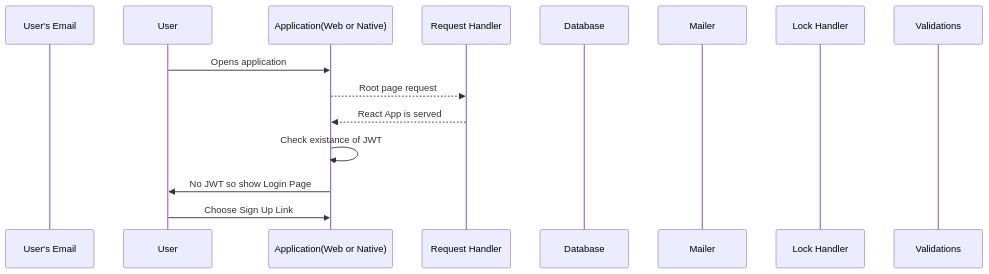
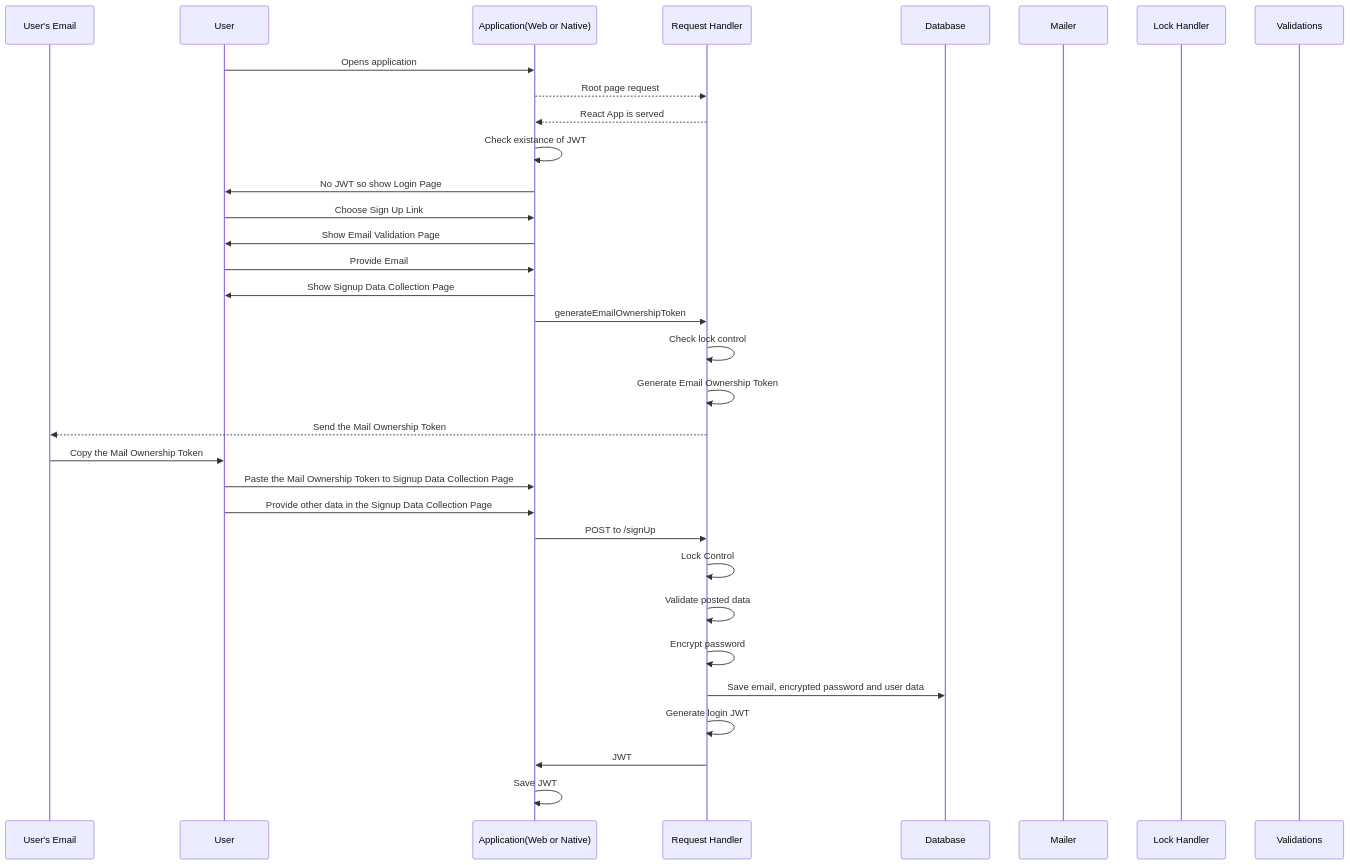
Before and after one commit to MehmetKaplan/react-spa-jwt-authentication-boilerplate: the diagram in README.md, drawn with Mermaid. The commit also changed 3 other files, not shown here.

````diff
--- a/README.md
+++ b/README.md
@@ -21,18 +23,35 @@
 ```mermaid
 sequenceDiagram
 	Participant User's Email
 	Participant User
 	Participant Application(Web or Native)
 	Participant Request Handler
 	Participant Database
 	Participant Mailer
 	Participant Lock Handler
 	Participant Validations
 	User ->> Application(Web or Native): Opens application
 	Application(Web or Native) -->> Request Handler: Root page request
 	Request Handler  -->> Application(Web or Native): React App is served
 	Application(Web or Native) ->> Application(Web or Native): Check existance of JWT
 	Application(Web or Native) ->> User: No JWT so show Login Page
 	User ->> Application(Web or Native): Choose Sign Up Link
-
+	Application(Web or Native) ->> User: Show Email Validation Page
+	User ->> Application(Web or Native): Provide Email
+	Application(Web or Native) ->> User: Show Signup Data Collection Page
+	Application(Web or Native) ->> Request Handler: generateEmailOwnershipToken
+	Request Handler ->> Request Handler: Check lock control
+	Request Handler ->> Request Handler: Generate Email Ownership Token
+	Request Handler -->> User's Email: Send the Mail Ownership Token
+	User's Email ->> User: Copy the Mail Ownership Token
+	User ->> Application(Web or Native): Paste the Mail Ownership Token to Signup Data Collection Page
+	User ->> Application(Web or Native): Provide other data in the Signup Data Collection Page
+	Application(Web or Native) ->> Request Handler: POST to /signUp
+	Request Handler ->> Request Handler: Lock Control
+	Request Handler ->> Request Handler: Validate posted data
+	Request Handler ->> Request Handler: Encrypt password
+	Request Handler ->> Database: Save email, encrypted password and user data
+	Request Handler ->> Request Handler: Generate login JWT
+	Request Handler ->> Application(Web or Native): JWT
+	Application(Web or Native) ->> Application(Web or Native): Save JWT
 ```
````
